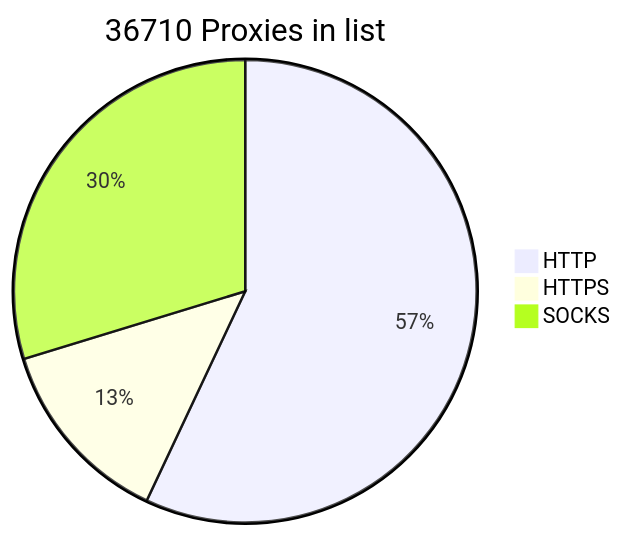
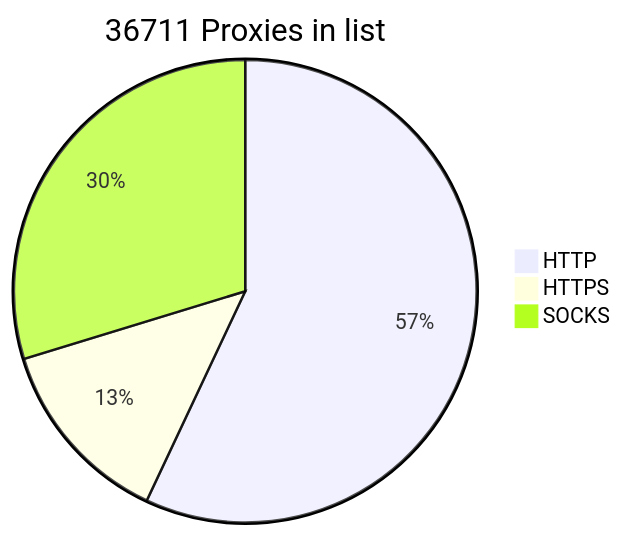
One commit to BlackSnowDot/proxylist-update-every-minute changed the diagram in README.md. Above: the diagram before and after it, drawn with Mermaid.

````diff
--- a/README.md
+++ b/README.md
@@ -2,6 +2,6 @@
 ```mermaid
-pie title 36710 Proxies in list
+pie title 36711 Proxies in list
     "HTTP" : 23255
     "HTTPS": 5418
-    "SOCKS" : 12125
+    "SOCKS" : 12126
 ```
````
